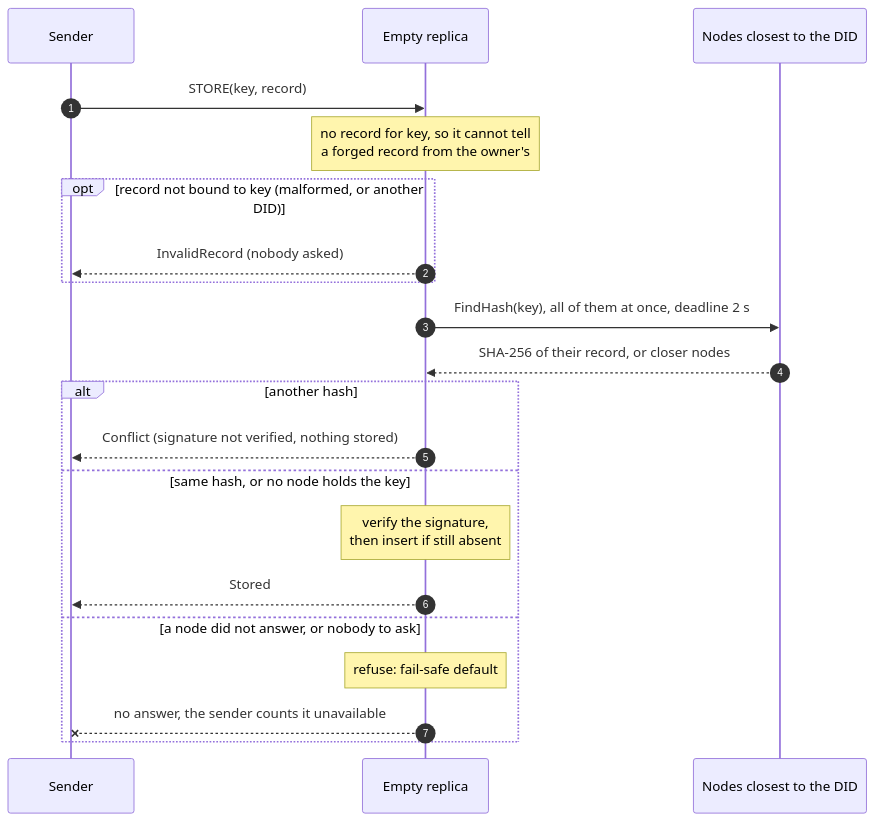
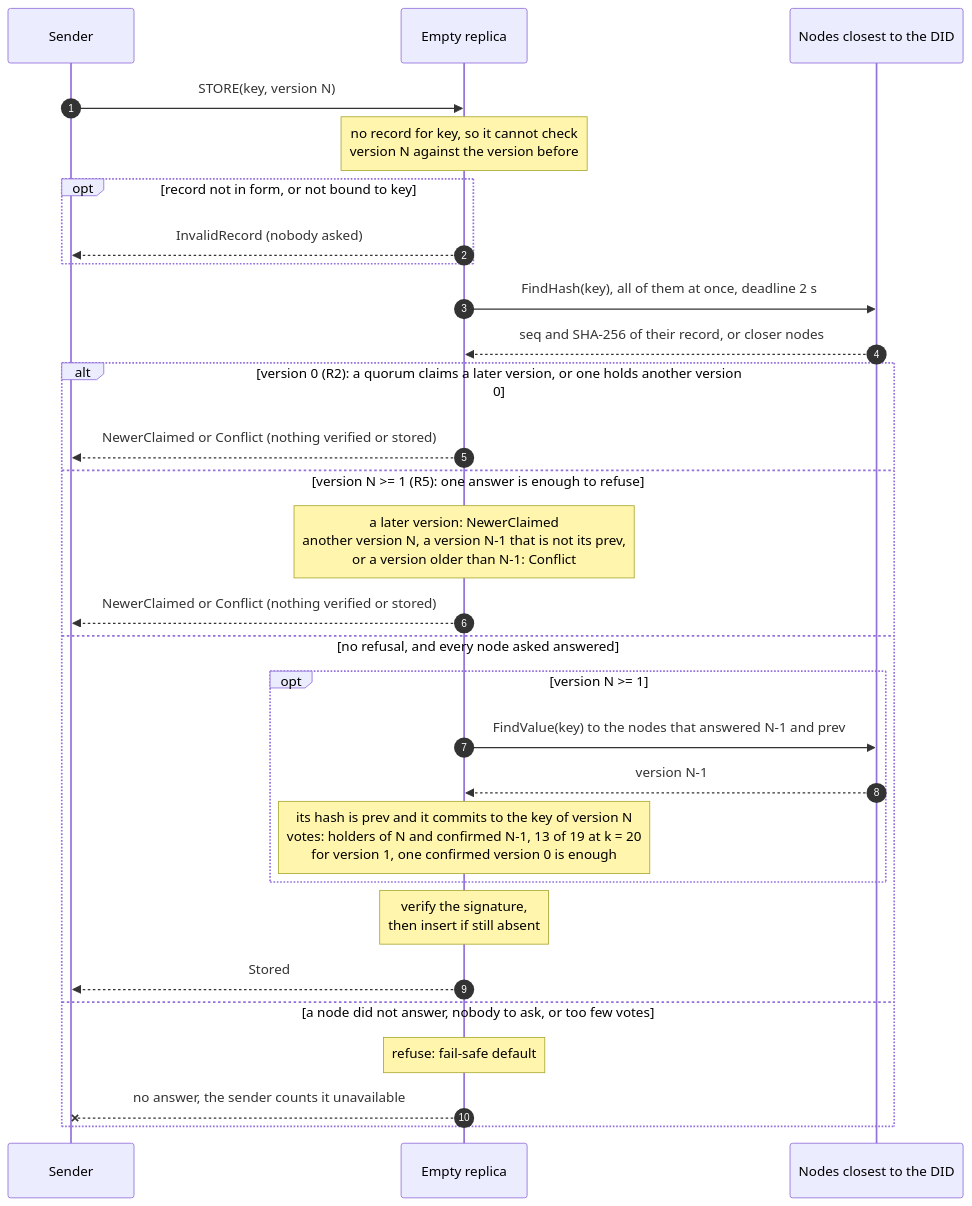
The diagram in docs/design/store-check.mmd (fratrung/auth-kademlia-rs), drawn with Mermaid before and after one commit. The commit also changed 8 other files, not shown here.

```diff
--- a/docs/design/store-check.mmd
+++ b/docs/design/store-check.mmd
@@ -1,21 +1,29 @@
 sequenceDiagram
     autonumber
     participant S as Sender
     participant R as Empty replica
     participant C as Nodes closest to the DID
-    S->>R: STORE(key, record)
-    Note over R: no record for key, so it cannot tell<br/>a forged record from the owner's
-    opt record not bound to key (malformed, or another DID)
+    S->>R: STORE(key, version N)
+    Note over R: no record for key, so it cannot check<br/>version N against the version before
+    opt record not in form, or not bound to key
         R-->>S: InvalidRecord (nobody asked)
     end
     R->>C: FindHash(key), all of them at once, deadline 2 s
-    C-->>R: SHA-256 of their record, or closer nodes
-    alt another hash
-        R-->>S: Conflict (signature not verified, nothing stored)
-    else same hash, or no node holds the key
+    C-->>R: seq and SHA-256 of their record, or closer nodes
+    alt version 0 (R2): a quorum claims a later version, or one holds another version 0
+        R-->>S: NewerClaimed or Conflict (nothing verified or stored)
+    else version N >= 1 (R5): one answer is enough to refuse
+        Note over R: a later version: NewerClaimed<br/>another version N, a version N-1 that is not its prev,<br/>or a version older than N-1: Conflict
+        R-->>S: NewerClaimed or Conflict (nothing verified or stored)
+    else no refusal, and every node asked answered
+        opt version N >= 1
+            R->>C: FindValue(key) to the nodes that answered N-1 and prev
+            C-->>R: version N-1
+            Note over R: its hash is prev and it commits to the key of version N<br/>votes: holders of N and confirmed N-1, 13 of 19 at k = 20<br/>for version 1, one confirmed version 0 is enough
+        end
         Note over R: verify the signature,<br/>then insert if still absent
         R-->>S: Stored
-    else a node did not answer, or nobody to ask
+    else a node did not answer, nobody to ask, or too few votes
         Note over R: refuse: fail-safe default
         R--xS: no answer, the sender counts it unavailable
     end
```
